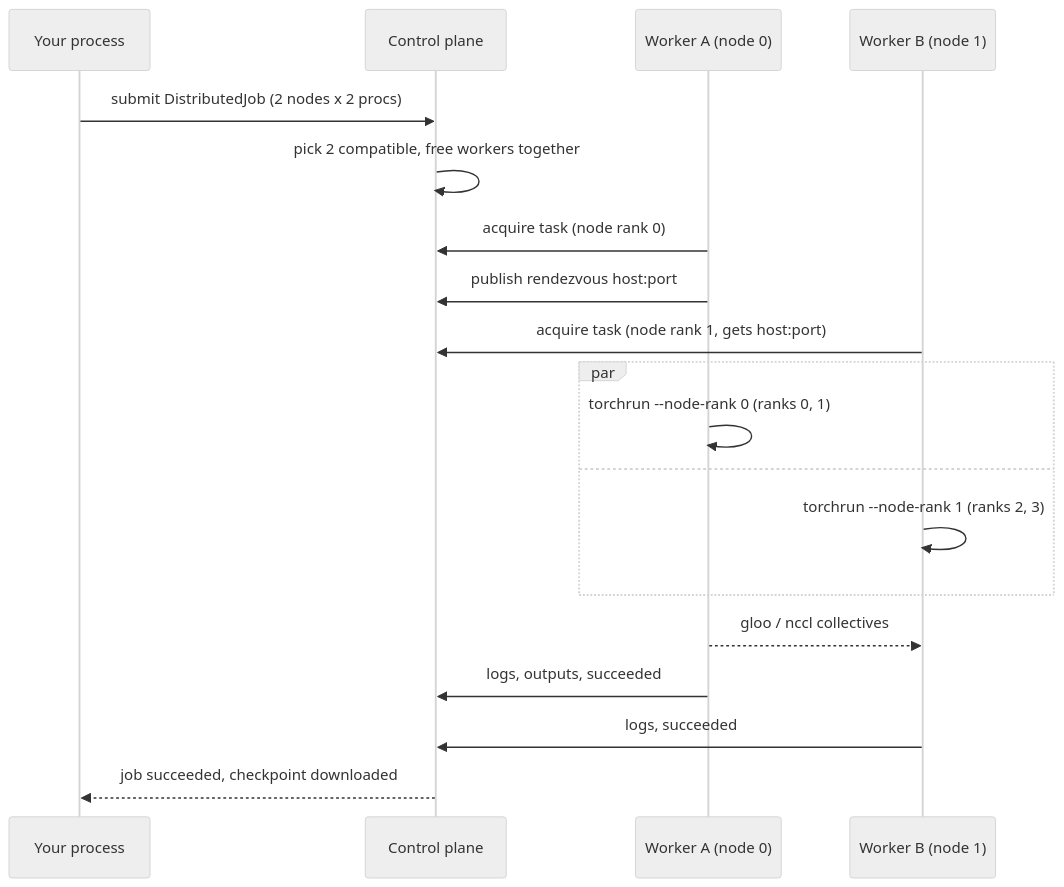
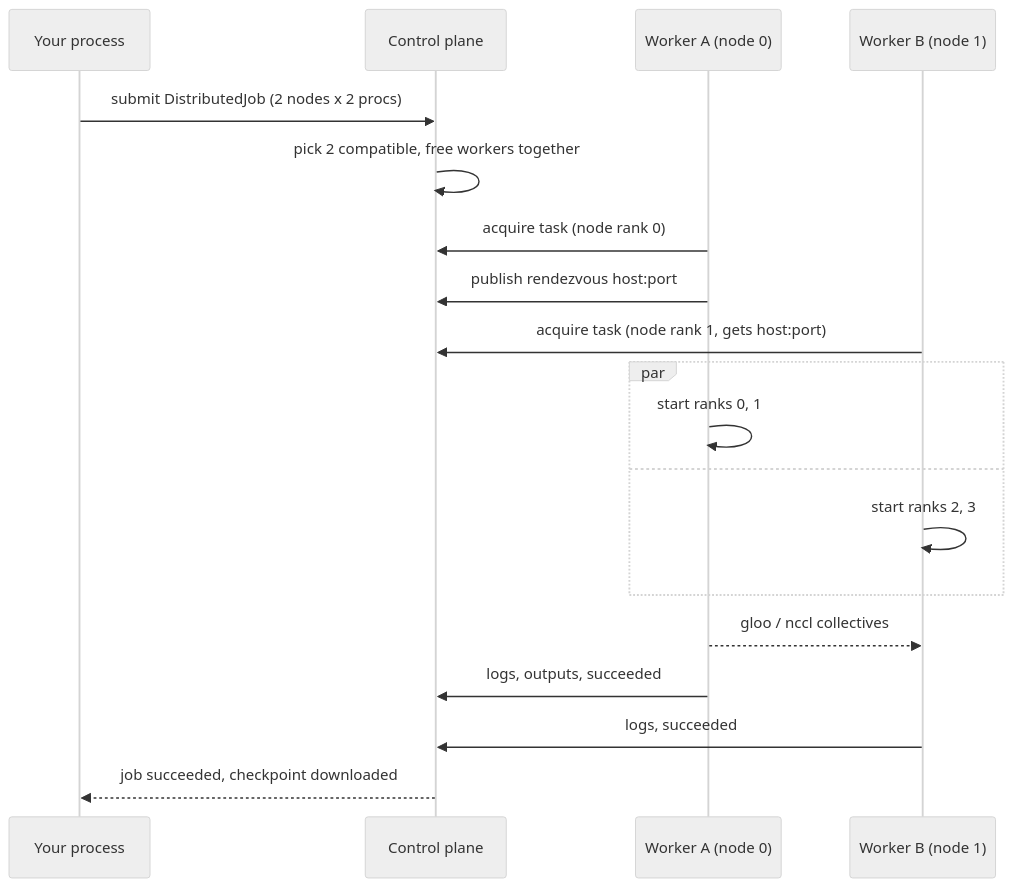
One commit to antonellof/gpulayer changed the diagram in docs/pytorch/distributed.md. Above: the diagram before and after it, drawn with Mermaid (neutral theme). The commit also changed other lines of this file and 35 other files, not shown here.

First line of the commit message:
Start distributed ranks directly instead of through torchrun

````diff
--- a/docs/pytorch/distributed.md
+++ b/docs/pytorch/distributed.md
@@ -32,21 +33,21 @@
 ```mermaid
 sequenceDiagram
     participant You as Your process
     participant CP as Control plane
     participant W0 as Worker A (node 0)
     participant W1 as Worker B (node 1)
     You->>CP: submit DistributedJob (2 nodes x 2 procs)
     CP->>CP: pick 2 compatible, free workers together
     W0->>CP: acquire task (node rank 0)
     W0->>CP: publish rendezvous host:port
     W1->>CP: acquire task (node rank 1, gets host:port)
     par
-        W0->>W0: torchrun --node-rank 0 (ranks 0, 1)
+        W0->>W0: start ranks 0, 1
     and
-        W1->>W1: torchrun --node-rank 1 (ranks 2, 3)
+        W1->>W1: start ranks 2, 3
     end
     W0-->>W1: gloo / nccl collectives
     W0->>CP: logs, outputs, succeeded
     W1->>CP: logs, succeeded
     CP-->>You: job succeeded, checkpoint downloaded
 ```
````
